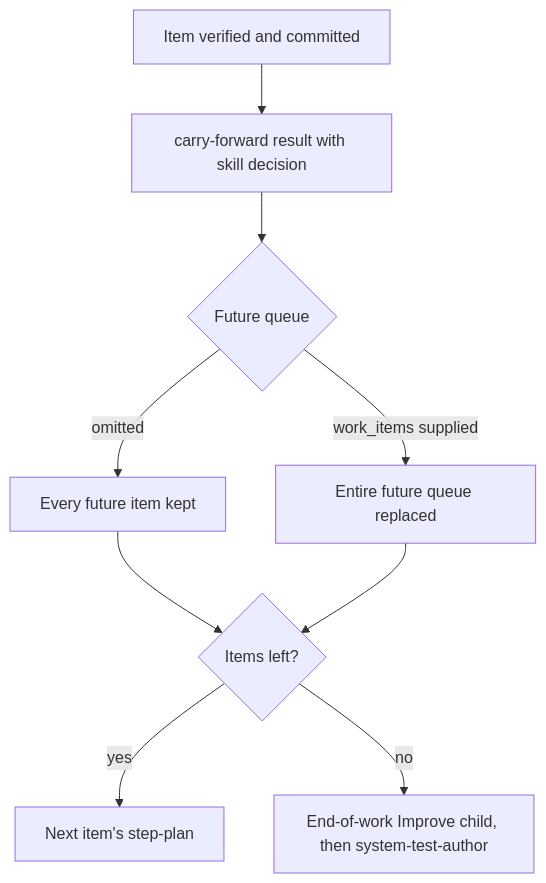
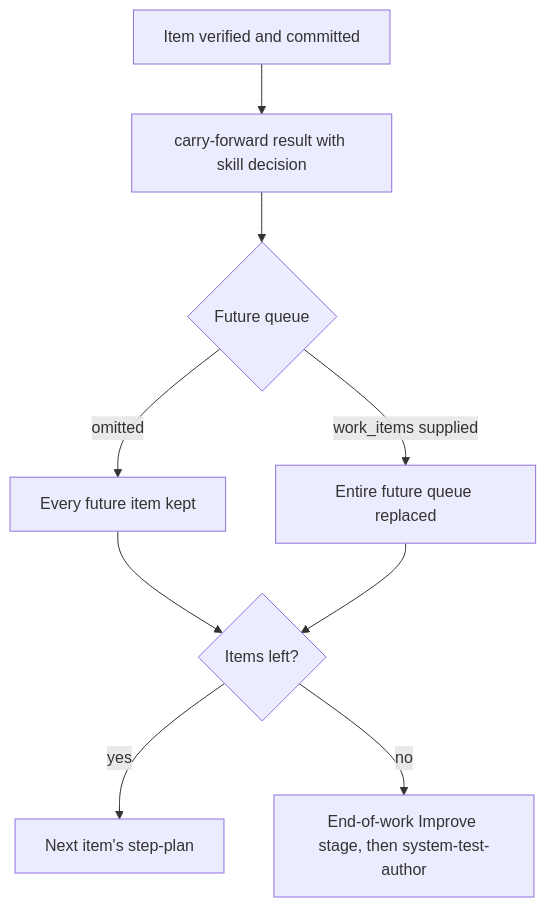
One commit to whichguy/skill-craft changed the diagram in skills/shiploop/references/carry-forward.md. Above: the diagram before and after it, drawn with Mermaid. The commit also changed other lines of this file and 73 other files, not shown here.

````diff
--- a/skills/shiploop/references/carry-forward.md
+++ b/skills/shiploop/references/carry-forward.md
@@ -11,11 +11,11 @@
 ```mermaid
 flowchart TD
     V[Item verified and committed] --> C[carry-forward result with skill decision]
     C --> Q{Future queue}
     Q -->|omitted| K[Every future item kept]
     Q -->|work_items supplied| R[Entire future queue replaced]
     K --> N{Items left?}
     R --> N
     N -->|yes| S[Next item's step-plan]
-    N -->|no| I[End-of-work Improve child, then system-test-author]
+    N -->|no| I[End-of-work Improve stage, then system-test-author]
 ```
````
